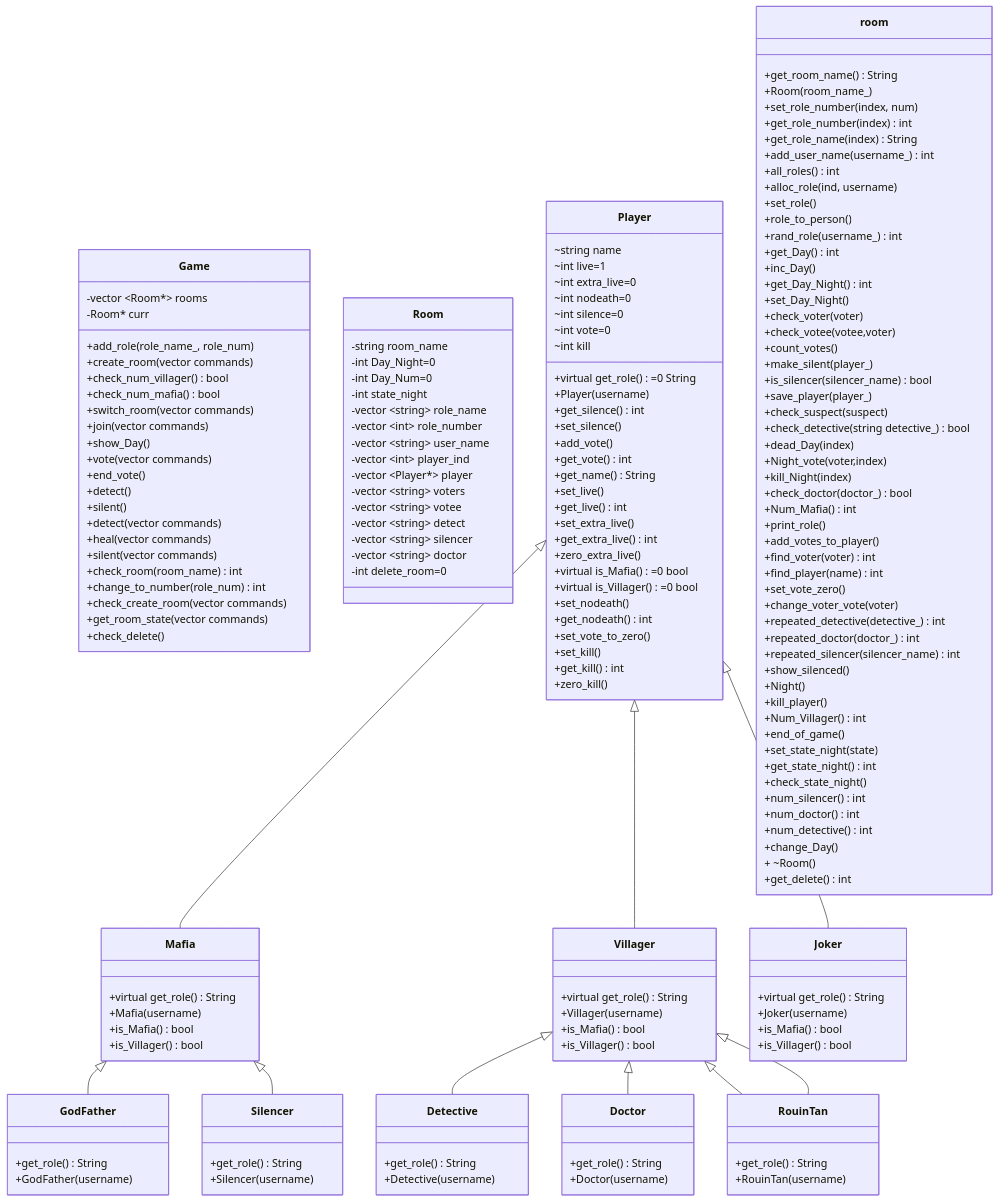
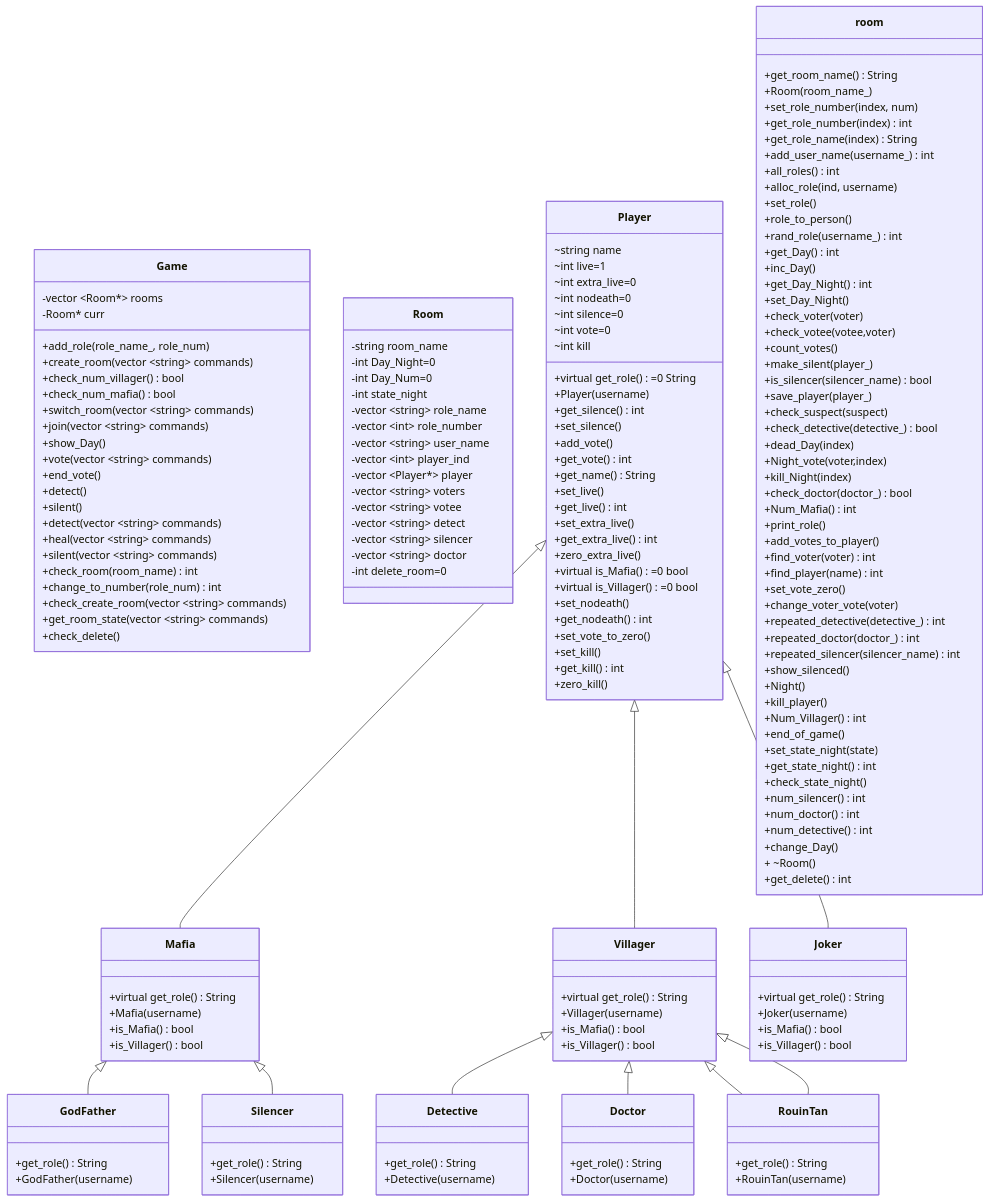
The diagram in README.md (NeginAz/mafia_game), drawn with Mermaid before and after one commit.

```diff
--- a/README.md
+++ b/README.md
@@ -102,23 +102,23 @@
 }      
 class Game{
       +add_role(role_name_, role_num)
-      +create_room(vector <string> commands)
+      +create_room(vector ~string~ commands)
       +check_num_villager() bool
       +check_num_mafia() bool
-      +switch_room(vector <string> commands)
-      +join(vector <string> commands)
+      +switch_room(vector ~string~ commands)
+      +join(vector ~string~ commands)
       +show_Day()
-      +vote(vector <string> commands)
+      +vote(vector ~string~ commands)
       +end_vote()
       +detect()
       +silent()
-      +detect(vector <string> commands)
-      +heal(vector <string> commands)
-      +silent(vector <string> commands)
+      +detect(vector ~string~ commands)
+      +heal(vector ~string~ commands)
+      +silent(vector ~string~ commands)
       +check_room(room_name) int
       +change_to_number(role_num) int
-      +check_create_room(vector <string> commands)
-      +get_room_state(vector <string> commands)
+      +check_create_room(vector ~string~ commands)
+      +get_room_state(vector ~string~ commands)
       +check_delete()
 }
 class room{
@@ -144,7 +144,7 @@
         +is_silencer(silencer_name) bool
         +save_player(player_)
         +check_suspect(suspect)
-        +check_detective(string detective_) bool 
+        +check_detective(detective_) bool 
         +dead_Day(index)
         +Night_vote(voter,index)
         +kill_Night(index) 
```
